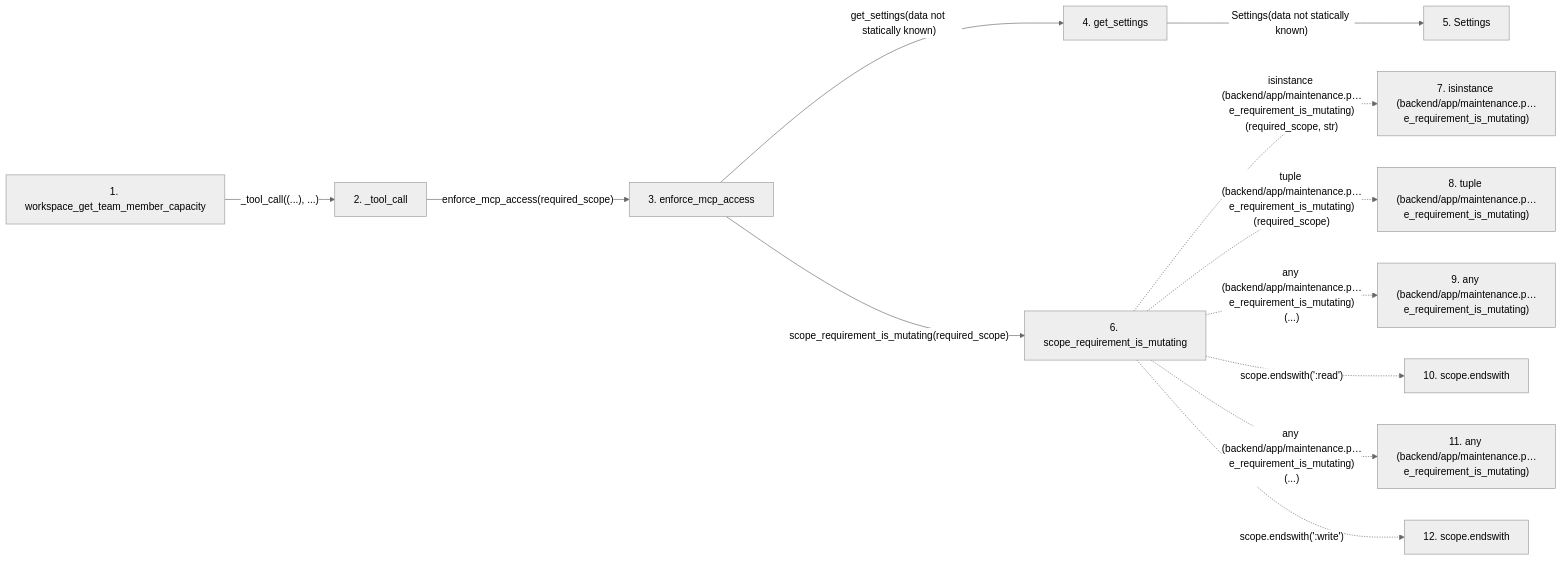
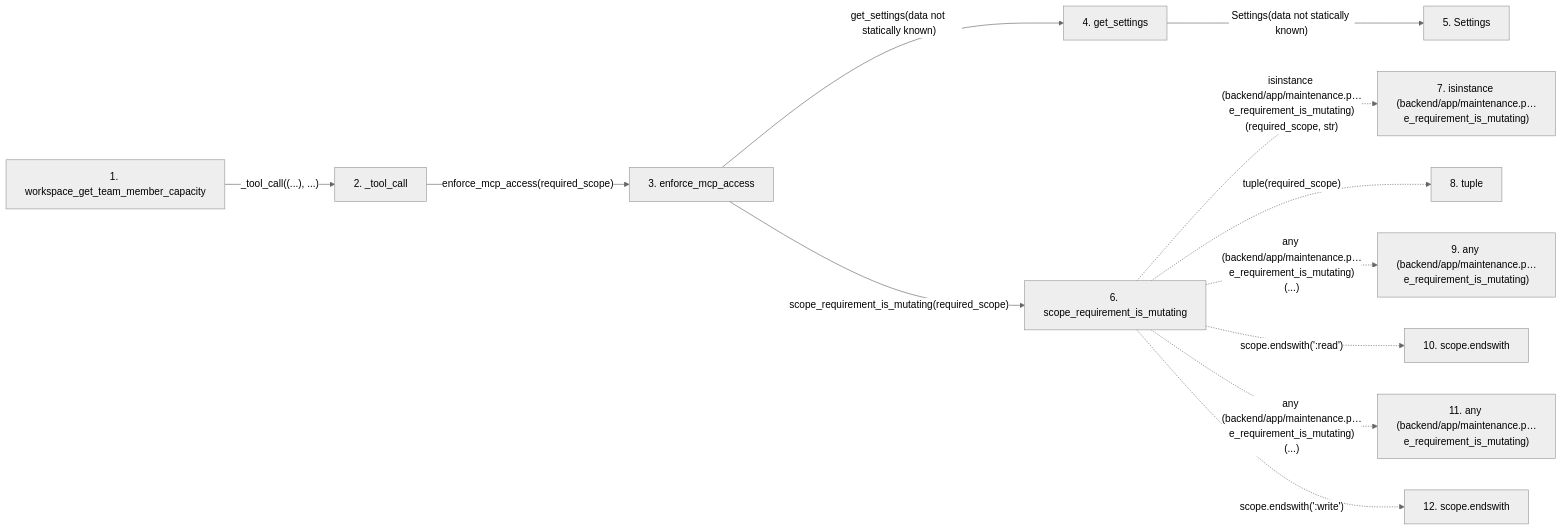
The second of 2 diagrams in docs/llm_wiki/flows/mcp-workspace_get_team_member_capacity.md (Denissvgn/WorkChord), drawn with Mermaid (neutral theme) before and after one commit. The commit also changed other lines of this file and 920 other files, not shown here.

````diff
--- a/docs/llm_wiki/flows/mcp-workspace_get_team_member_capacity.md
+++ b/docs/llm_wiki/flows/mcp-workspace_get_team_member_capacity.md
@@ -151,32 +152,32 @@
 ```mermaid
 flowchart LR
     s1["1. workspace_get_team_member_capacity"]
     s2["2. _tool_call"]
     s3["3. enforce_mcp_access"]
     s4["4. get_settings"]
     s5["5. Settings"]
     s6["6. scope_requirement_is_mutating"]
     s7["7. isinstance (backend/app/maintenance.p…e_requirement_is_mutating)"]
-    s8["8. tuple (backend/app/maintenance.p…e_requirement_is_mutating)"]
+    s8["8. tuple"]
     s9["9. any (backend/app/maintenance.p…e_requirement_is_mutating)"]
     s10["10. scope.endswith"]
     s11["11. any (backend/app/maintenance.p…e_requirement_is_mutating)"]
     s12["12. scope.endswith"]
     s1 -->|"_tool_call((...), ...)"| s2
     s2 -->|"enforce_mcp_access(required_scope)"| s3
     s3 -->|"get_settings(data not statically known)"| s4
     s4 -->|"Settings(data not statically known)"| s5
     s3 -->|"scope_requirement_is_mutating(required_scope)"| s6
     s6 -. "isinstance (backend/app/maintenance.p…e_requirement_is_mutating)(required_scope, str)" .-> s7
-    s6 -. "tuple (backend/app/maintenance.p…e_requirement_is_mutating)(required_scope)" .-> s8
+    s6 -. "tuple(required_scope)" .-> s8
     s6 -. "any (backend/app/maintenance.p…e_requirement_is_mutating)(...)" .-> s9
     s6 -. "scope.endswith(':read')" .-> s10
     s6 -. "any (backend/app/maintenance.p…e_requirement_is_mutating)(...)" .-> s11
     s6 -. "scope.endswith(':write')" .-> s12
     click s1 "../modules/mcp_server.md"
     click s2 "../modules/mcp_server.md"
     click s3 "../modules/maintenance.md"
     click s4 "../modules/config.md"
     click s5 "../modules/config.md"
     click s6 "../modules/maintenance.md"
 ```
````
